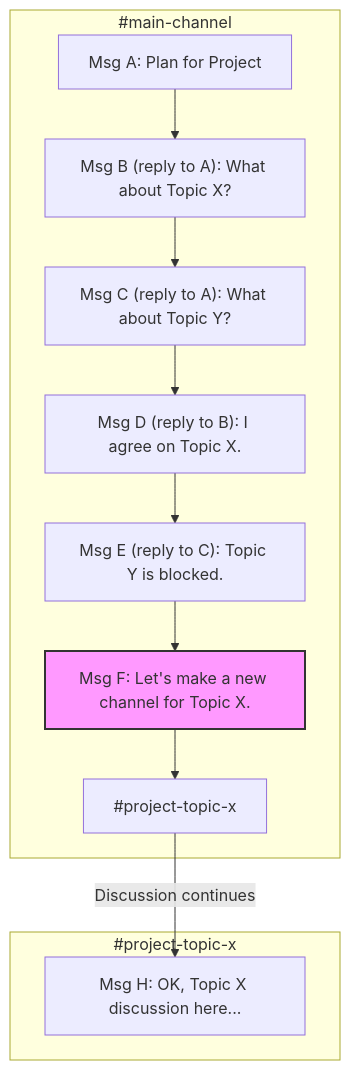
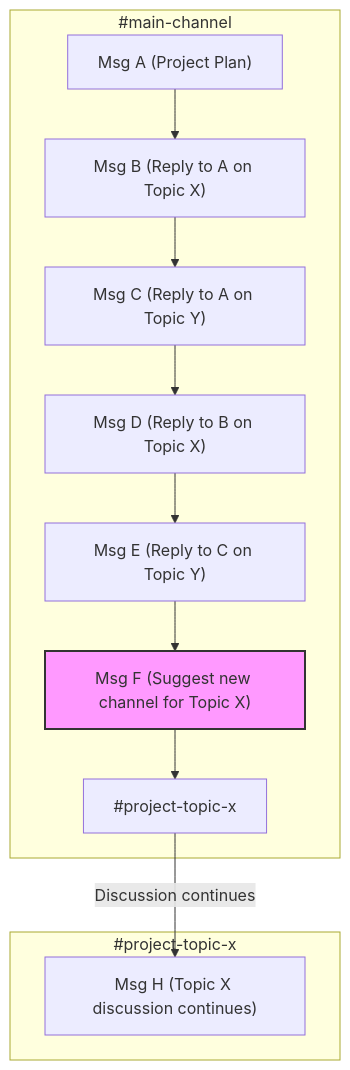
One commit to kirilligum/kirilligum changed the second of 2 diagrams in src/content/blog/mastering-slack-reply-workflow.md. Above: the diagram before and after it, drawn with Mermaid. The commit also changed other lines of this file, not shown here.

Commit message:
fix: Adjust Mermaid diagram syntax in blog post

````diff
--- a/src/content/blog/mastering-slack-reply-workflow.md
+++ b/src/content/blog/mastering-slack-reply-workflow.md
@@ -62,18 +62,18 @@
 ```mermaid
 graph TD
     subgraph #main-channel
-        A["Msg A: Plan for Project"];
-        A --> B["Msg B (reply to A): What about Topic X?"];
-        B --> C["Msg C (reply to A): What about Topic Y?"];
-        C --> D["Msg D (reply to B): I agree on Topic X."];
-        D --> E["Msg E (reply to C): Topic Y is blocked."];
-        E --> F["Msg F: Let's make a new channel for Topic X."];
+        A["Msg A (Project Plan)"];
+        A --> B["Msg B (Reply to A on Topic X)"];
+        B --> C["Msg C (Reply to A on Topic Y)"];
+        C --> D["Msg D (Reply to B on Topic X)"];
+        D --> E["Msg E (Reply to C on Topic Y)"];
+        E --> F["Msg F (Suggest new channel for Topic X)"];
         F --> G[#project-topic-x];
     end
 
     subgraph #project-topic-x
-        G -- "Discussion continues" --> H["Msg H: OK, Topic X discussion here..."];
+        G -- "Discussion continues" --> H["Msg H (Topic X discussion continues)"];
     end
 
     style F fill:#f9f,stroke:#333,stroke-width:2px
 ```
````
